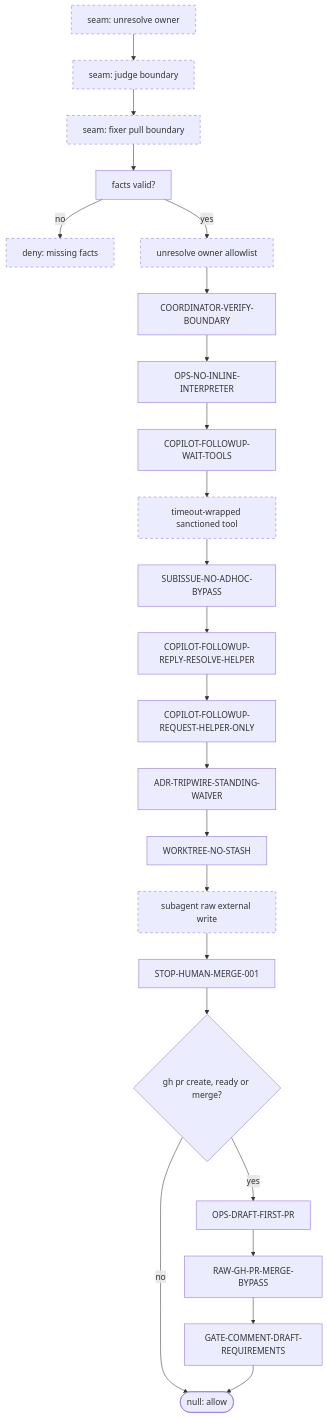
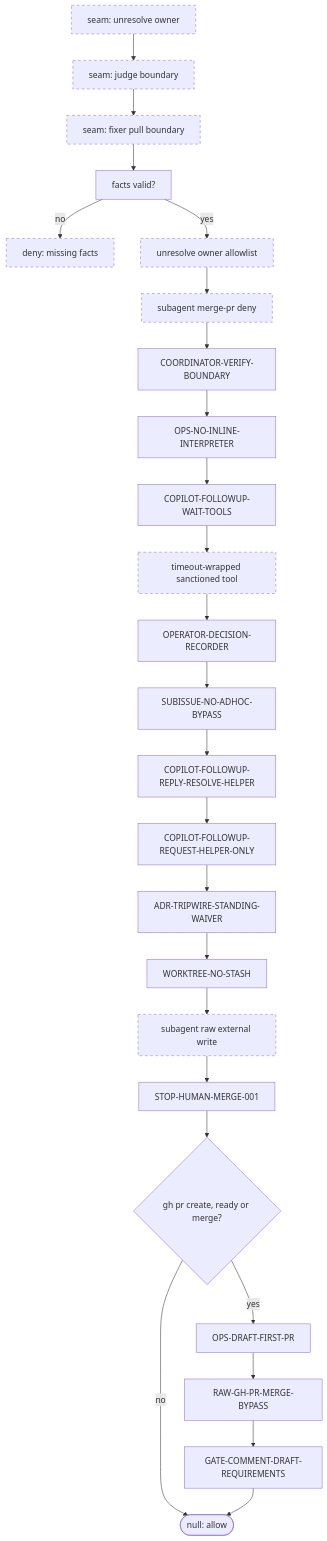
The third of 16 diagrams in docs/atlas/09-hooks-and-guards.md (mfittko/dev-loops), drawn with Mermaid before and after one commit. The commit also changed other lines of this file, not shown here.

````diff
--- a/docs/atlas/09-hooks-and-guards.md
+++ b/docs/atlas/09-hooks-and-guards.md
@@ -100,27 +112,29 @@
 ```mermaid
 flowchart TD
   S0["seam: unresolve owner"] --> S1["seam: judge boundary"]
   S1 --> S2["seam: fixer pull boundary"]
   S2 --> F
   F["facts valid?"] -- no --> X0["deny: missing facts"]
   F -- yes --> R0["unresolve owner allowlist"]
-  R0 --> R1["COORDINATOR-VERIFY-BOUNDARY"]
+  R0 --> RM["subagent merge-pr deny"]
+  RM --> R1["COORDINATOR-VERIFY-BOUNDARY"]
   R1 --> R2["OPS-NO-INLINE-INTERPRETER"]
   R2 --> R3["COPILOT-FOLLOWUP-WAIT-TOOLS"]
   R3 --> R4["timeout-wrapped sanctioned tool"]
-  R4 --> R5["SUBISSUE-NO-ADHOC-BYPASS"]
+  R4 --> RD["OPERATOR-DECISION-RECORDER"]
+  RD --> R5["SUBISSUE-NO-ADHOC-BYPASS"]
   R5 --> R6["COPILOT-FOLLOWUP-REPLY-RESOLVE-HELPER"]
   R6 --> R7["COPILOT-FOLLOWUP-REQUEST-HELPER-ONLY"]
   R7 --> R8["ADR-TRIPWIRE-STANDING-WAIVER"]
   R8 --> R9["WORKTREE-NO-STASH"]
   R9 --> R10["subagent raw external write"]
   R10 --> R11["STOP-HUMAN-MERGE-001"]
   R11 --> V{"gh pr create, ready or merge?"}
   V -- no --> OK(["null: allow"])
   V -- yes --> R12["OPS-DRAFT-FIRST-PR"]
   R12 --> R13["RAW-GH-PR-MERGE-BYPASS"]
   R13 --> R14["GATE-COMMENT-DRAFT-REQUIREMENTS"]
   R14 --> OK
   classDef inline stroke-dasharray: 5 5
-  class X0,R0,R4,R10,S0,S1,S2 inline
+  class X0,R0,RM,R4,R10,S0,S1,S2 inline
 ```
````
